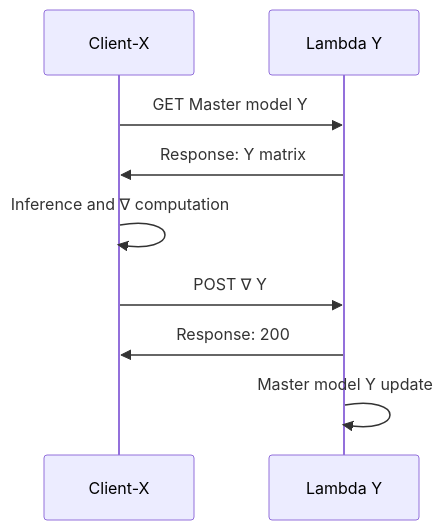
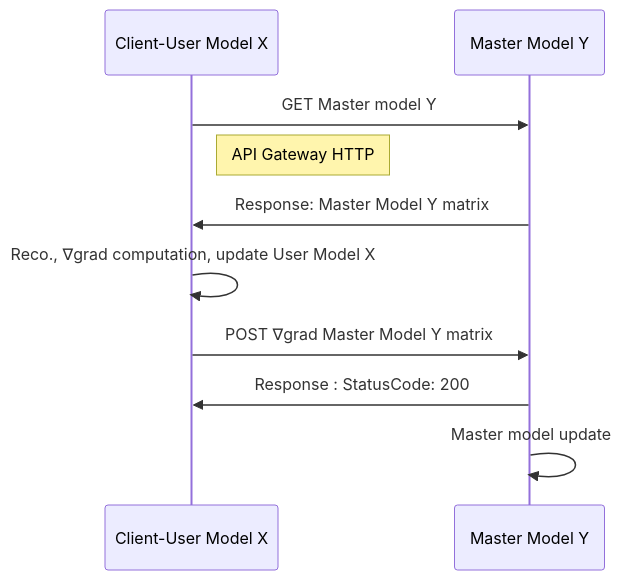
The second of 2 diagrams in recommender-system/README.md (AdrKacz/super-duper-guacamole), drawn with Mermaid before and after one commit. The commit also changed other lines of this file, not shown here.

````diff
--- a/recommender-system/README.md
+++ b/recommender-system/README.md
@@ -134,11 +134,12 @@
 ```mermaid
 sequenceDiagram
-      participant Client as Client-X
-      participant Model as Lambda Y
+      participant Client as Client-User Model X
+      participant Model as Master Model Y
       Client ->> Model: GET Master model Y
-      Model ->> Client: Response: Y matrix
-      Client ->> Client: Inference and ∇ computation
-      Client ->> Model: POST ∇ Y
-      Model ->> Client: Response: 200
-      Model ->> Model: Master model Y update
+      Note right of Client: API Gateway HTTP
+      Model ->> Client: Response: Master Model Y matrix
+      Client ->> Client: Reco., ∇grad computation, update User Model X
+      Client ->> Model: POST ∇grad Master Model Y matrix
+      Model ->> Client: Response : StatusCode: 200
+      Model ->> Model: Master model update
 ```
````
